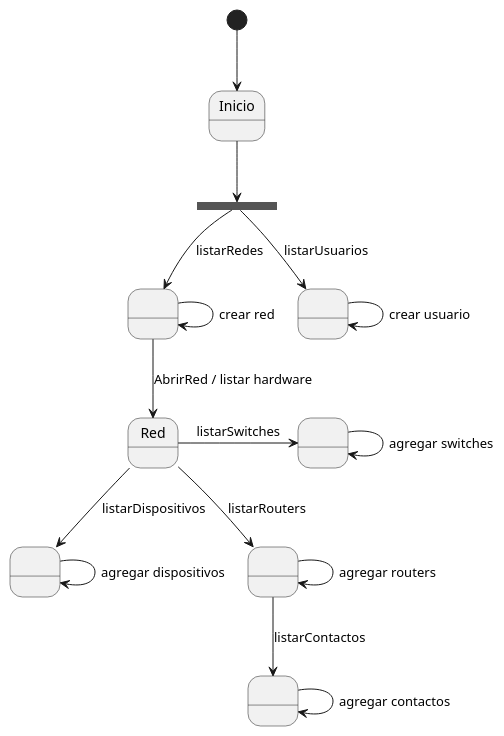
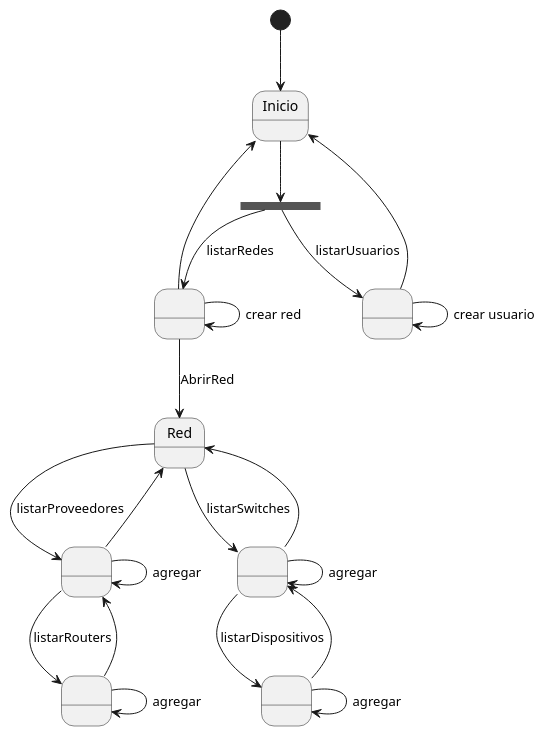
Before and after one commit to mmasias/IdSw1-22-23: the diagram in 000-entregas/diagramaDeEstados/proyecto.plantuml, drawn with PlantUML. The commit also changed 4 other files, not shown here.

```diff
--- a/000-entregas/diagramaDeEstados/proyecto.plantuml
+++ b/000-entregas/diagramaDeEstados/proyecto.plantuml
@@ -1,39 +1,44 @@
 @startuml proyecto
 
 state fork_state <<fork>>
 
 state NONAME_REDES as " "
 state NONAME_USUARIOS as " "
 state NONAME_DISPOSITIVOS as " "
 state NONAME_ROUTERS as " "
 state NONAME_CONTACTOS as " "
 state NONAME_SWITCHES as " "
 
 [*] --> Inicio
 Inicio --> fork_state
 
 'Usuarios
 fork_state --> NONAME_USUARIOS: listarUsuarios
 NONAME_USUARIOS --> NONAME_USUARIOS: crear usuario
-
+NONAME_USUARIOS -up-> Inicio
 'Redes
 fork_state --> NONAME_REDES: listarRedes
 NONAME_REDES --> NONAME_REDES: crear red
-NONAME_REDES --> Red: AbrirRed / listar hardware
+NONAME_REDES --> Red: AbrirRed
+NONAME_REDES -up-> Inicio
+
+'Contactos
+Red --> NONAME_CONTACTOS: listarProveedores
+NONAME_CONTACTOS --> NONAME_CONTACTOS: agregar 
+NONAME_CONTACTOS --> Red
 
 'Routers
-Red --> NONAME_ROUTERS: listarRouters
-NONAME_ROUTERS --> NONAME_ROUTERS: agregar routers
-
-'Contactos
-NONAME_ROUTERS --> NONAME_CONTACTOS: listarContactos
-NONAME_CONTACTOS --> NONAME_CONTACTOS: agregar contactos
+NONAME_CONTACTOS --> NONAME_ROUTERS: listarRouters
+NONAME_ROUTERS --> NONAME_ROUTERS: agregar 
+NONAME_ROUTERS --> NONAME_CONTACTOS
 
 'Switches
-Red -r-> NONAME_SWITCHES: listarSwitches
-NONAME_SWITCHES --> NONAME_SWITCHES: agregar switches
+Red --> NONAME_SWITCHES: listarSwitches
+NONAME_SWITCHES --> NONAME_SWITCHES: agregar 
+NONAME_SWITCHES --> Red
 
 'Dispositivos
-Red --> NONAME_DISPOSITIVOS: listarDispositivos
-NONAME_DISPOSITIVOS --> NONAME_DISPOSITIVOS: agregar dispositivos
+NONAME_SWITCHES --> NONAME_DISPOSITIVOS: listarDispositivos
+NONAME_DISPOSITIVOS --> NONAME_DISPOSITIVOS: agregar 
+NONAME_DISPOSITIVOS --> NONAME_SWITCHES
 @enduml
```
